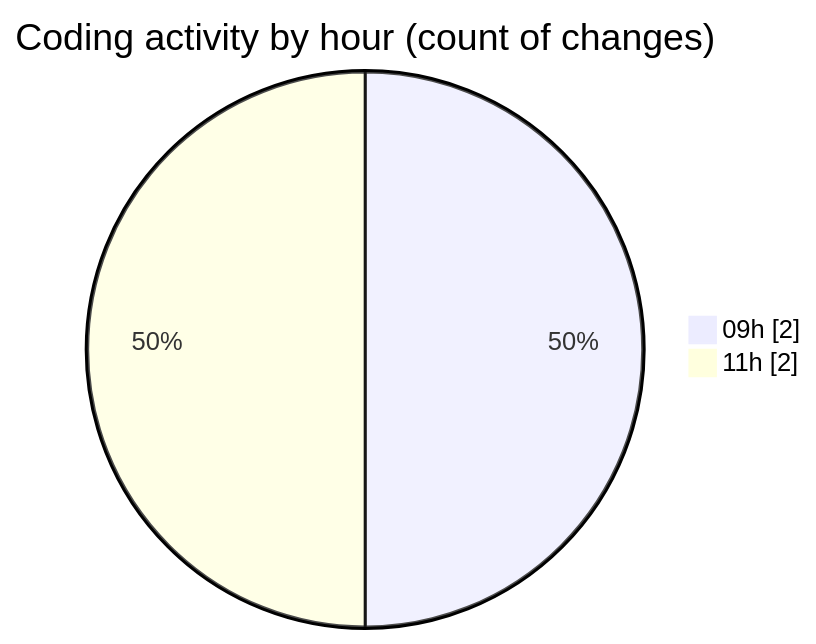
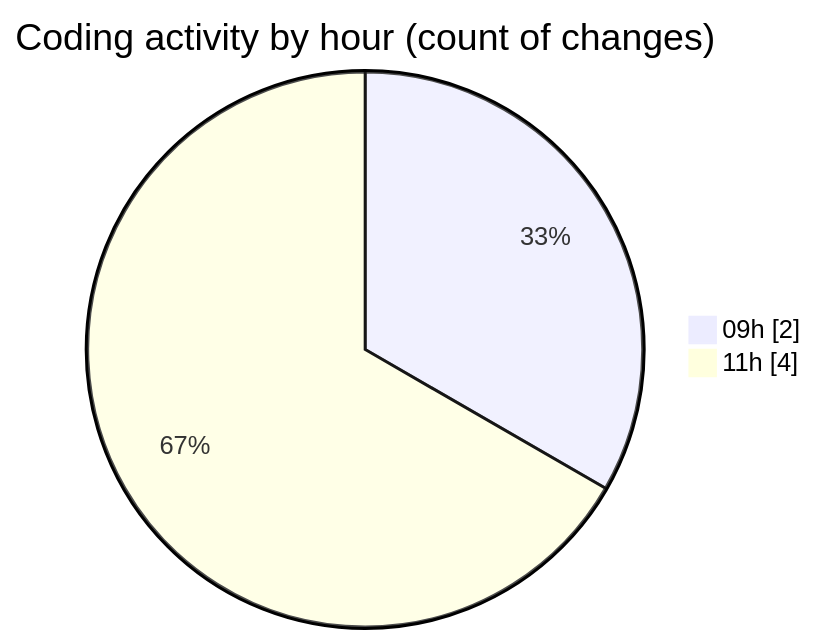
Before and after one commit to Elitesun/code-tracking: the second of 2 diagrams in 2025-04-30/niten/README.md, drawn with Mermaid. The commit also changed other lines of this file and 1 other file, not shown here.

````diff
--- a/2025-04-30/niten/README.md
+++ b/2025-04-30/niten/README.md
@@ -30,6 +30,6 @@
 ```mermaid
 pie showData
 title Coding activity by hour (count of changes)
 "09h" : 2
-"11h" : 2
+"11h" : 4
 ```
````
